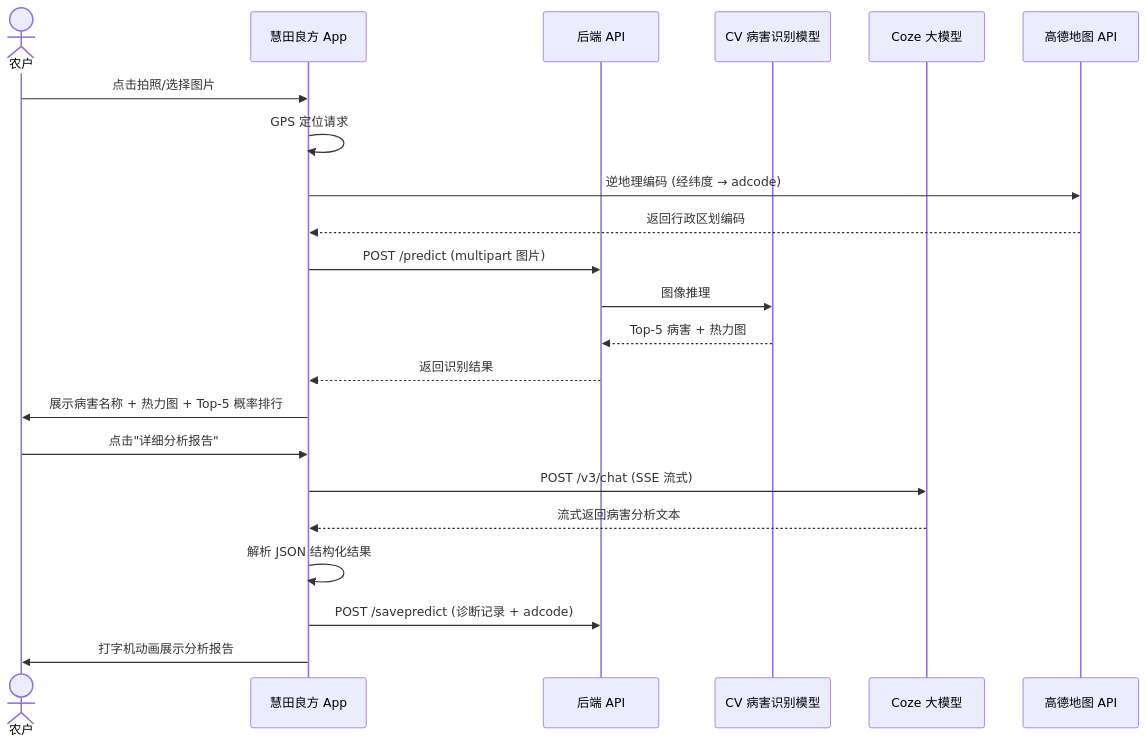
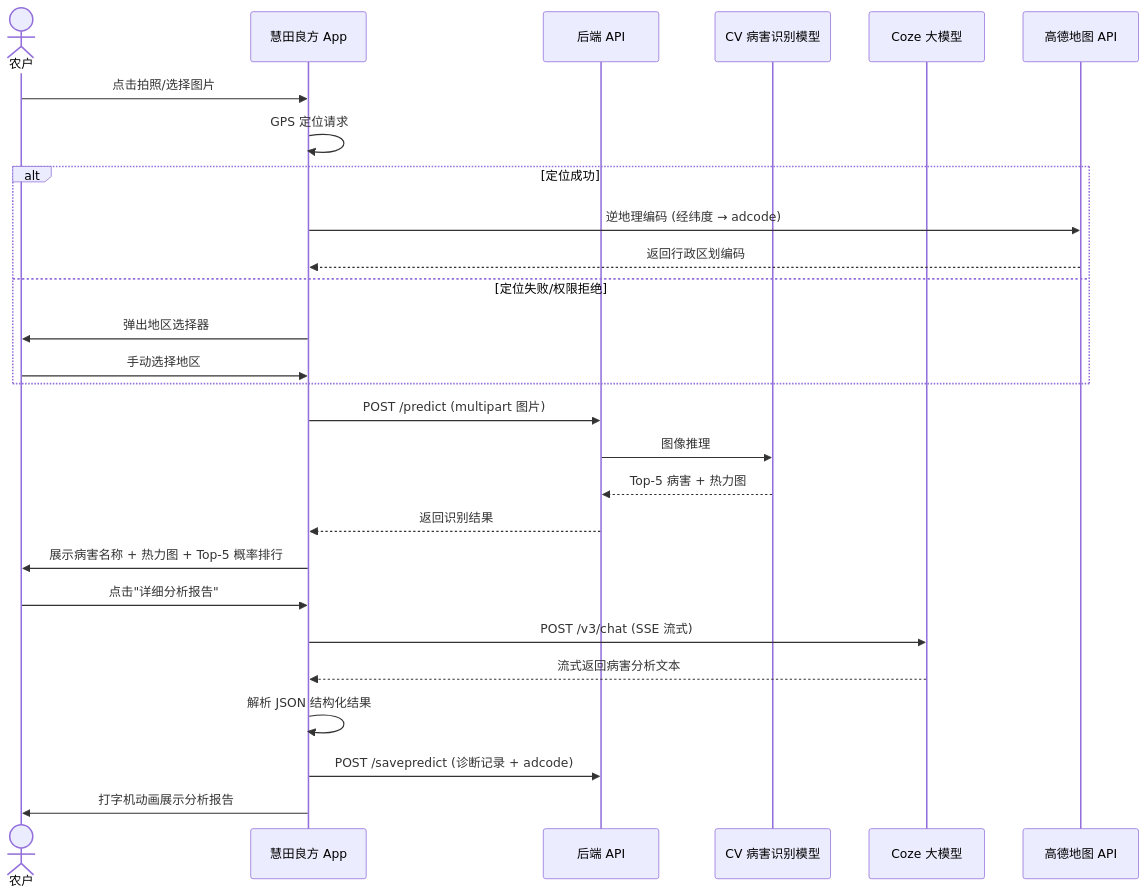
Before and after one commit to 42419/disease_flutter: the second of 3 diagrams in README.md, drawn with Mermaid. The commit also changed other lines of this file, not shown here.

````diff
--- a/README.md
+++ b/README.md
@@ -142,24 +150,29 @@
 ```mermaid
 sequenceDiagram
     actor 农户
     participant App as 慧田良方 App
     participant Backend as 后端 API
     participant ML as CV 病害识别模型
     participant Coze as Coze 大模型
     participant Amap as 高德地图 API
     农户 ->> App: 点击拍照/选择图片
     App ->> App: GPS 定位请求
-    App ->> Amap: 逆地理编码 (经纬度 → adcode)
-    Amap -->> App: 返回行政区划编码
+    alt 定位成功
+        App ->> Amap: 逆地理编码 (经纬度 → adcode)
+        Amap -->> App: 返回行政区划编码
+    else 定位失败/权限拒绝
+        App ->> 农户: 弹出地区选择器
+        农户 ->> App: 手动选择地区
+    end
     App ->> Backend: POST /predict (multipart 图片)
     Backend ->> ML: 图像推理
     ML -->> Backend: Top-5 病害 + 热力图
     Backend -->> App: 返回识别结果
     App ->> 农户: 展示病害名称 + 热力图 + Top-5 概率排行
     农户 ->> App: 点击"详细分析报告"
     App ->> Coze: POST /v3/chat (SSE 流式)
     Coze -->> App: 流式返回病害分析文本
     App ->> App: 解析 JSON 结构化结果
     App ->> Backend: POST /savepredict (诊断记录 + adcode)
     App ->> 农户: 打字机动画展示分析报告
 ```
````
